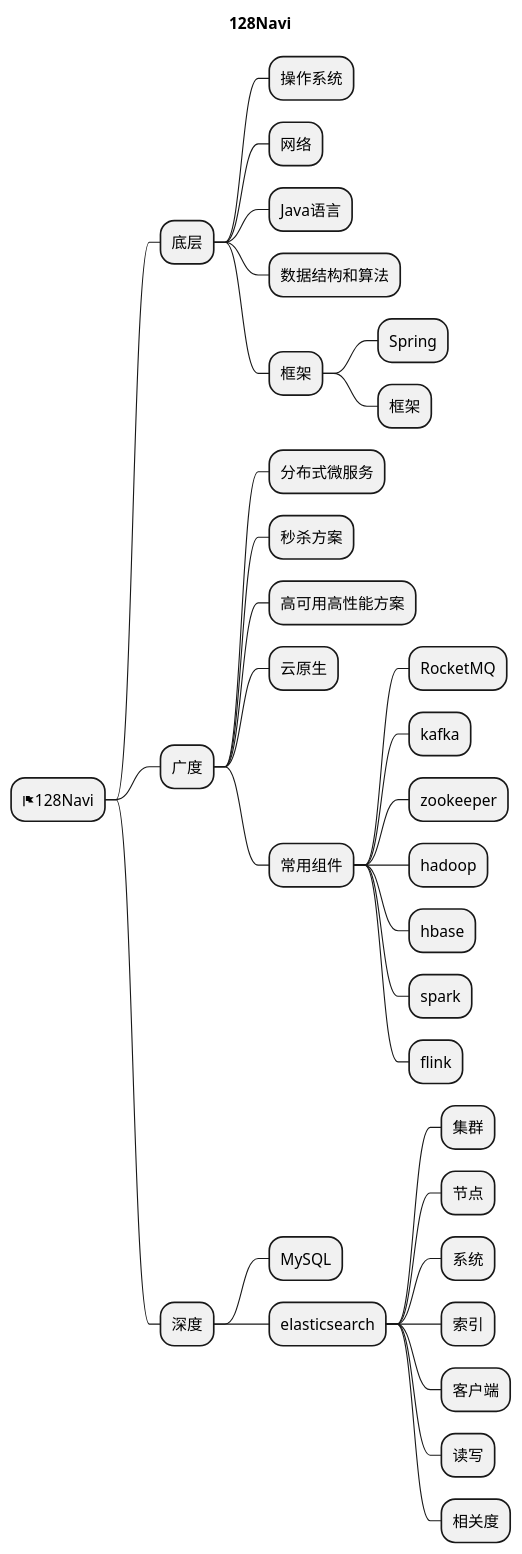
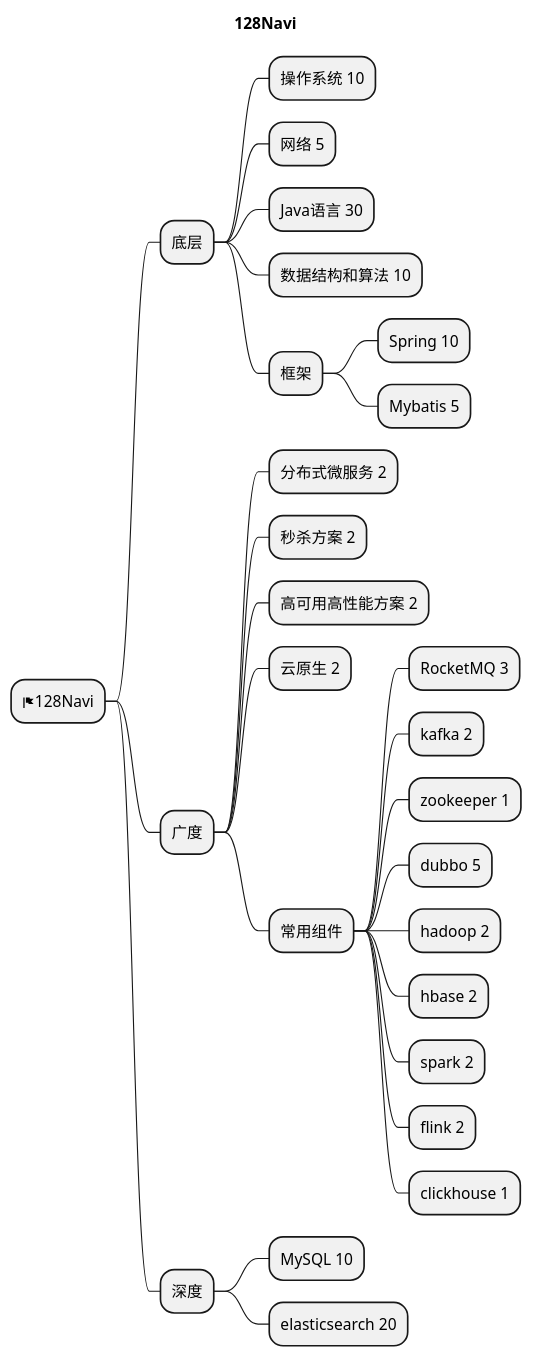
Before and after one commit to ninespx/JavaNavi: the diagram in doc/javanavi.puml, drawn with PlantUML.

```diff
--- a/doc/javanavi.puml
+++ b/doc/javanavi.puml
@@ -1,40 +1,35 @@
 @startmindmap
 'https://plantuml.com/mindmap-diagram
 
 title 128Navi
 
 * <&flag>128Navi
 ** 底层
-*** 操作系统
-*** 网络
-*** Java语言
-*** 数据结构和算法
+*** 操作系统 10
+*** 网络 5
+*** Java语言 30
+*** 数据结构和算法 10
 *** 框架
-**** Spring
-**** 框架
+**** Spring 10
+**** Mybatis 5
 ** 广度
-*** 分布式微服务
-*** 秒杀方案
-*** 高可用高性能方案
-*** 云原生
+*** 分布式微服务 2
+*** 秒杀方案 2
+*** 高可用高性能方案 2
+*** 云原生 2
 *** 常用组件
-**** RocketMQ
-**** kafka
-**** zookeeper
-**** hadoop
-**** hbase
-**** spark
-**** flink
+**** RocketMQ 3
+**** kafka 2
+**** zookeeper 1
+**** dubbo 5
+**** hadoop 2
+**** hbase 2
+**** spark 2
+**** flink 2
+**** clickhouse 1
 ** 深度
-*** MySQL
-*** elasticsearch
-**** 集群
-**** 节点
-**** 系统
-**** 索引
-**** 客户端
-**** 读写
-**** 相关度
+*** MySQL 10
+*** elasticsearch 20
 
 
 @endmindmap
```
